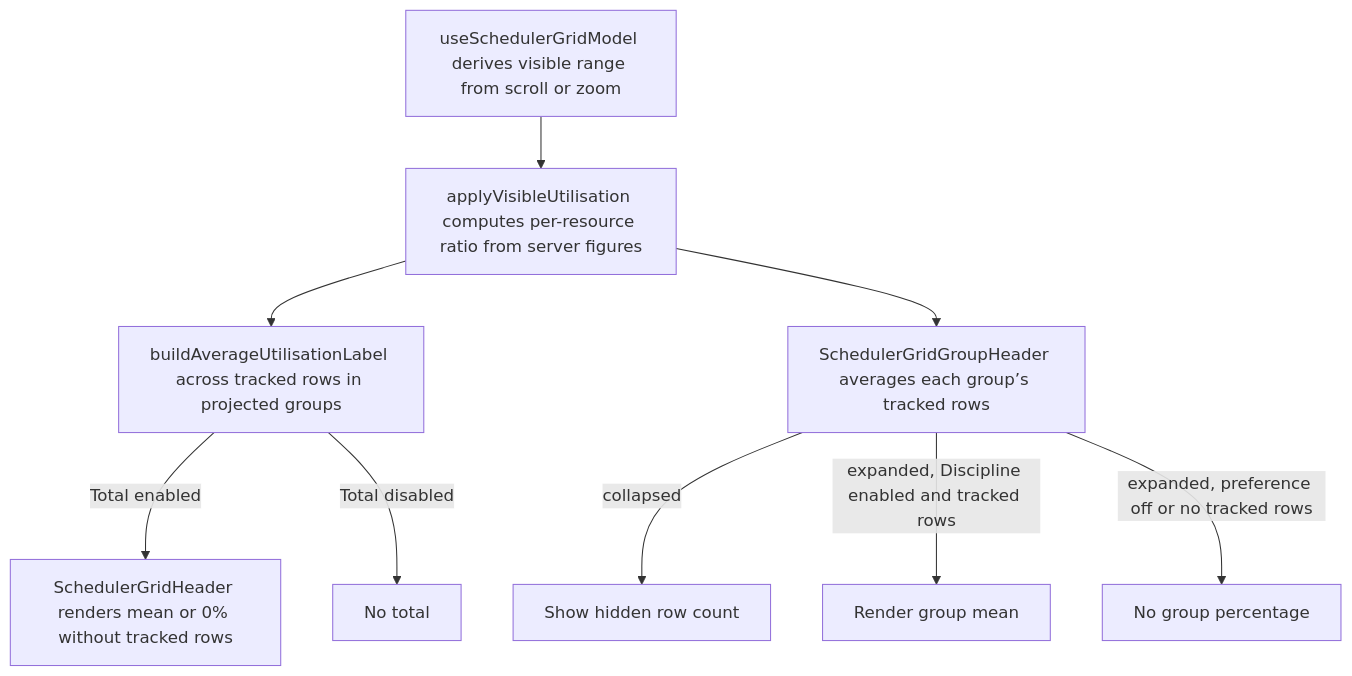
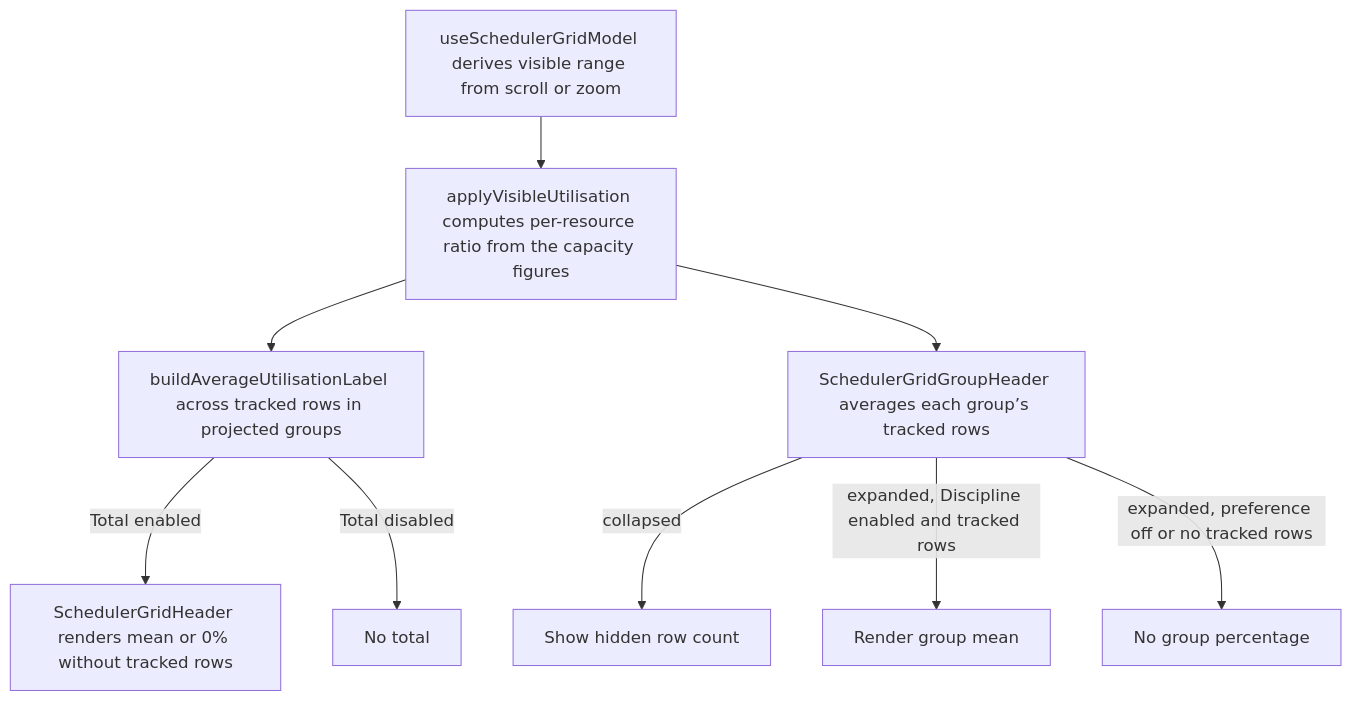
Before and after one commit to Kevinjohn/capacitylens: the second of 2 diagrams in user-stories/scheduler/US-SCH-14-utilisation-summary.md, drawn with Mermaid. The commit also changed 68 other files, not shown here.

````diff
--- a/user-stories/scheduler/US-SCH-14-utilisation-summary.md
+++ b/user-stories/scheduler/US-SCH-14-utilisation-summary.md
@@ -34,11 +34,11 @@
 ```mermaid
 flowchart TD
-  Model["useSchedulerGridModel derives visible range from scroll or zoom"] --> Row["applyVisibleUtilisation computes per-resource ratio from server figures"]
+  Model["useSchedulerGridModel derives visible range from scroll or zoom"] --> Row["applyVisibleUtilisation computes per-resource ratio from the capacity figures"]
   Row --> Total["buildAverageUtilisationLabel across tracked rows in projected groups"]
   Row --> Group["SchedulerGridGroupHeader averages each group’s tracked rows"]
   Total -->|Total enabled| All["SchedulerGridHeader renders mean or 0% without tracked rows"]
   Total -->|Total disabled| Hidden["No total"]
   Group -->|collapsed| Count["Show hidden row count"]
   Group -->|expanded, Discipline enabled and tracked rows| Mean["Render group mean"]
   Group -->|expanded, preference off or no tracked rows| Omit["No group percentage"]
 ```
````
